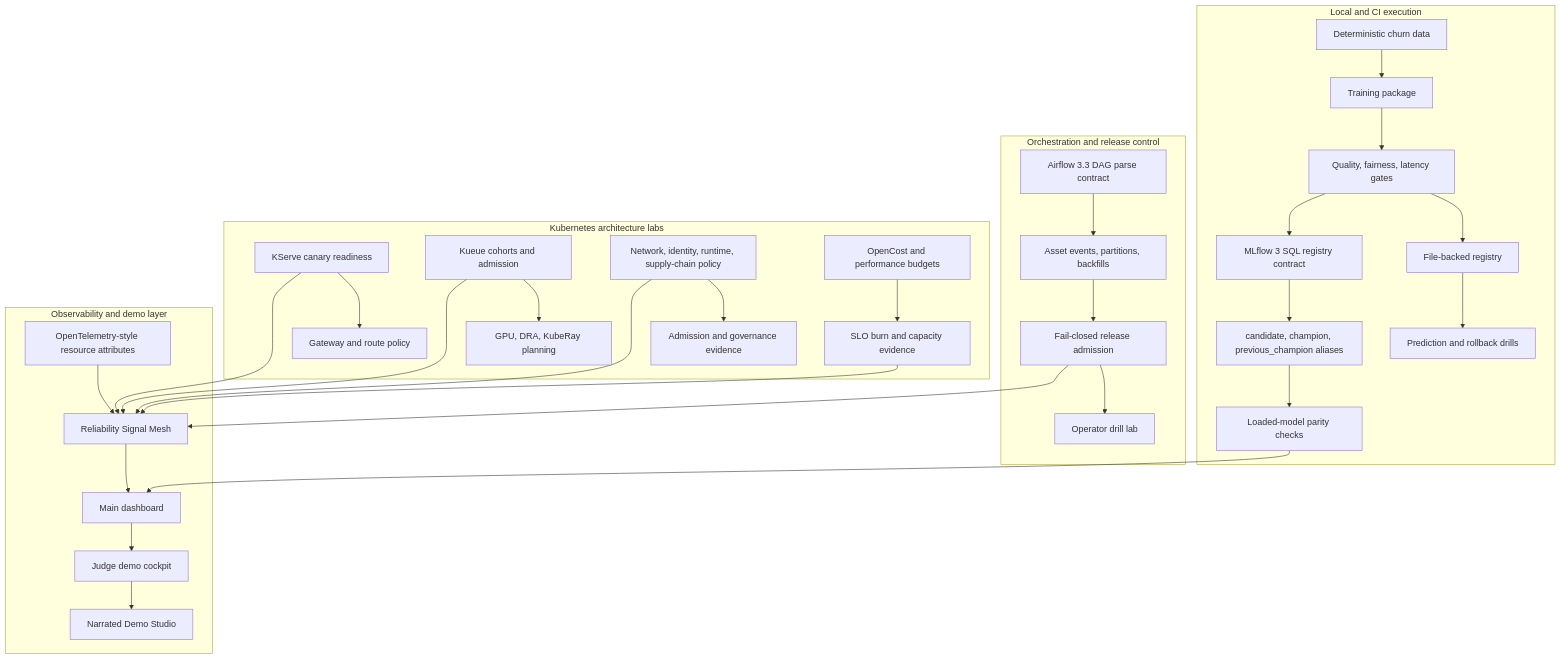
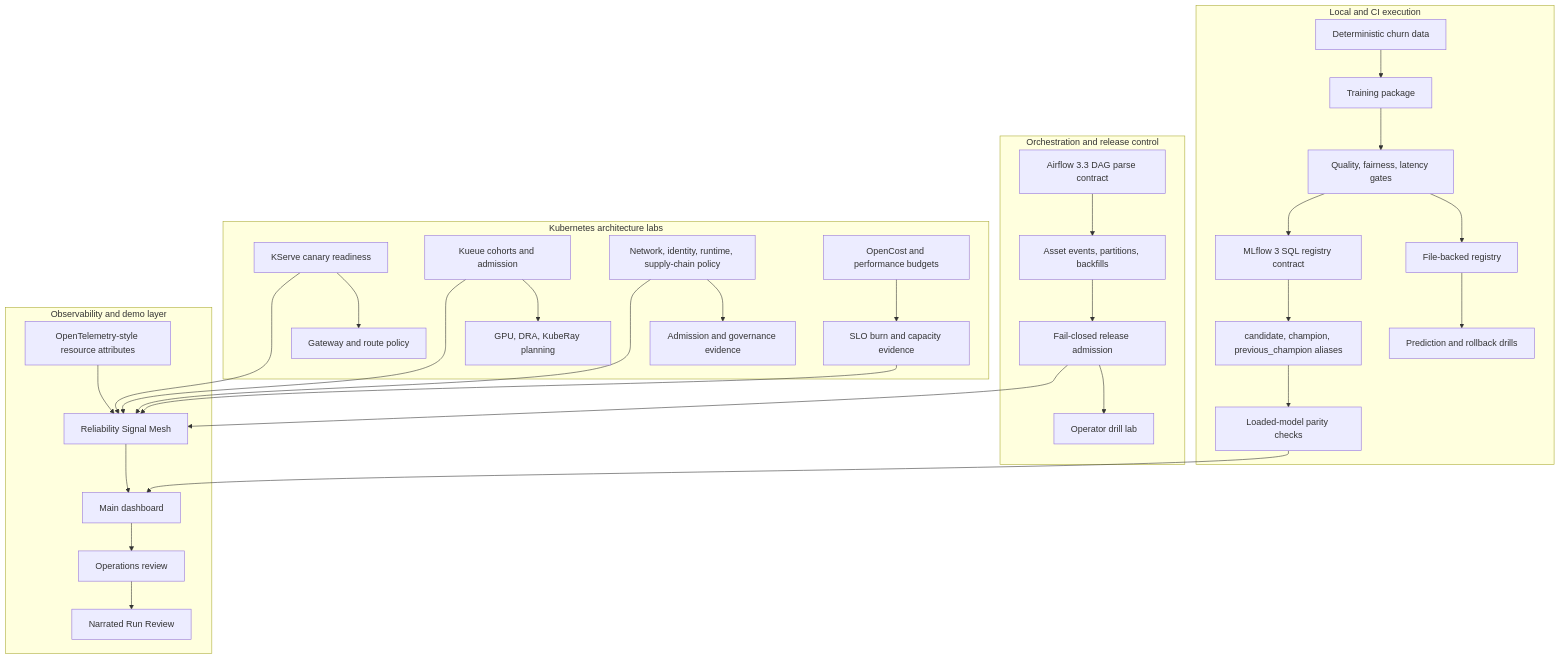
Before and after one commit to kevinmeix1/advanced-kubernetes-mlops-platform: the diagram in docs/study-guide.md, drawn with Mermaid. The commit also changed other lines of this file and 35 other files, not shown here.

````diff
--- a/docs/study-guide.md
+++ b/docs/study-guide.md
@@ -7,39 +9,39 @@
 ```mermaid
 flowchart TB
   subgraph DEV["Local and CI execution"]
     DATA["Deterministic churn data"] --> TRAIN["Training package"]
     TRAIN --> EVAL["Quality, fairness, latency gates"]
     EVAL --> FAST["File-backed registry"]
     EVAL --> MLFLOW["MLflow 3 SQL registry contract"]
     FAST --> PREDICT["Prediction and rollback drills"]
     MLFLOW --> ALIAS["candidate, champion, previous_champion aliases"]
     ALIAS --> PARITY["Loaded-model parity checks"]
   end
 
   subgraph ORCH["Orchestration and release control"]
     AIRFLOW["Airflow 3.3 DAG parse contract"] --> ASSETS["Asset events, partitions, backfills"]
     ASSETS --> RELEASE["Fail-closed release admission"]
     RELEASE --> DRILL["Operator drill lab"]
   end
 
   subgraph K8S["Kubernetes architecture labs"]
     KSERVE["KServe canary readiness"] --> GATEWAY["Gateway and route policy"]
     KUEUE["Kueue cohorts and admission"] --> GPU["GPU, DRA, KubeRay planning"]
     POLICY["Network, identity, runtime, supply-chain policy"] --> ADMISSION["Admission and governance evidence"]
     COST["OpenCost and performance budgets"] --> SLO["SLO burn and capacity evidence"]
   end
 
   subgraph OBS["Observability and demo layer"]
     TELEMETRY["OpenTelemetry-style resource attributes"] --> MESH["Reliability Signal Mesh"]
     MESH --> DASH["Main dashboard"]
-    DASH --> COCKPIT["Judge demo cockpit"]
-    COCKPIT --> NARRATED["Narrated Demo Studio"]
+    DASH --> COCKPIT["Operations review"]
+    COCKPIT --> NARRATED["Narrated Run Review"]
   end
 
   PARITY --> DASH
   RELEASE --> MESH
   KSERVE --> MESH
   KUEUE --> MESH
   POLICY --> MESH
   SLO --> MESH
 ```
````
